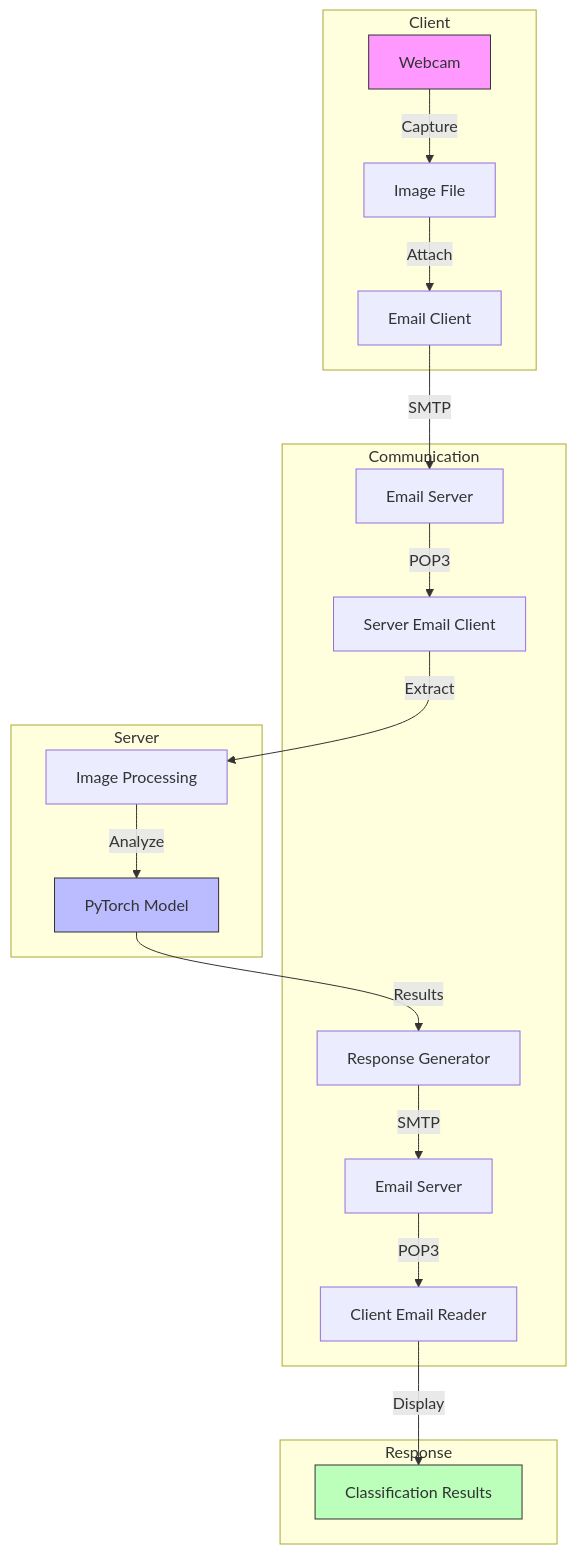
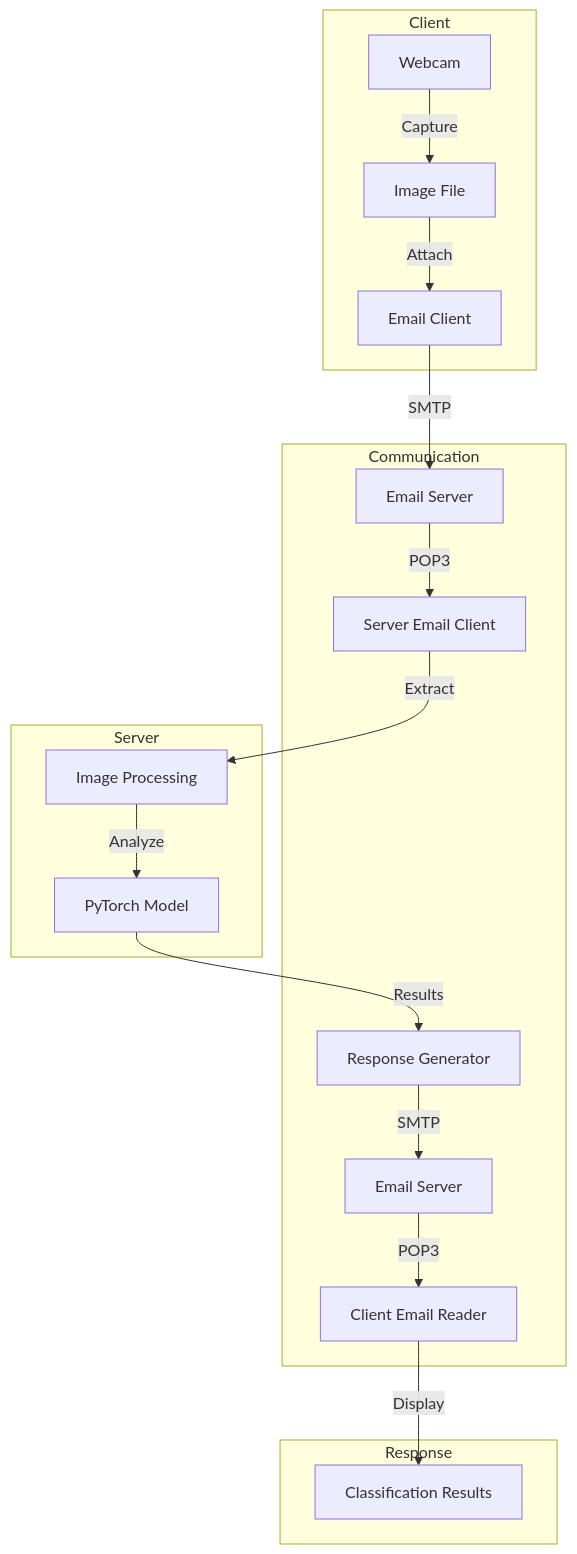
Before and after one commit to onidian56/Image-Description-Generation-Using-Client-Server-Connection-with-Different-Networks: the fourth of 6 diagrams in README.md, drawn with Mermaid. The commit also changed other lines of this file, not shown here.

````diff
--- a/README.md
+++ b/README.md
@@ -125,28 +118,24 @@
 ```mermaid
 graph TD
     subgraph Client
         A1[Webcam] -->|Capture| A2[Image File]
         A2 -->|Attach| A3[Email Client]
     end
     
     subgraph Communication
         A3 -->|SMTP| B1[Email Server]
         B1 -->|POP3| C1[Server Email Client]
         C4 -->|SMTP| B2[Email Server]
         B2 -->|POP3| A4[Client Email Reader]
     end
     
     subgraph Server
         C1 -->|Extract| C2[Image Processing]
         C2 -->|Analyze| C3[PyTorch Model]
         C3 -->|Results| C4[Response Generator]
     end
     
     subgraph Response
         A4 -->|Display| A5[Classification Results]
     end
-    
-    style A1 fill:#f9f,stroke:#333,stroke-width:1px
-    style C3 fill:#bbf,stroke:#333,stroke-width:1px
-    style A5 fill:#bfb,stroke:#333,stroke-width:1px
 ```
````
